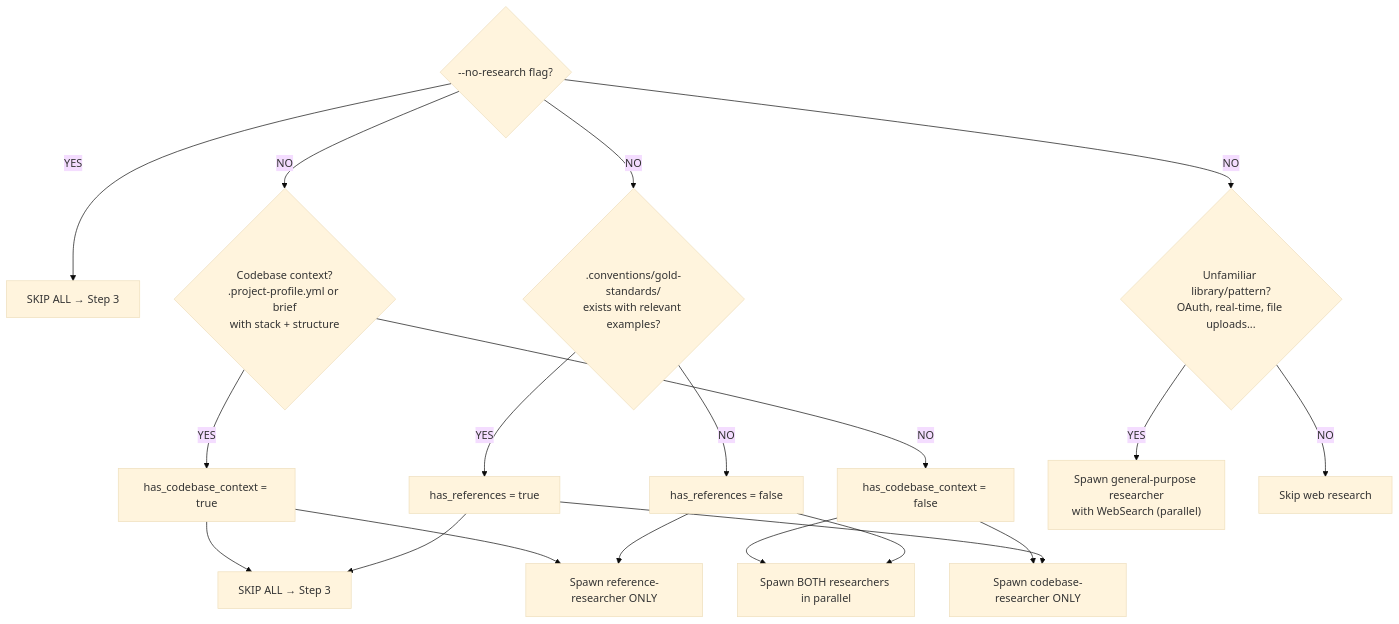
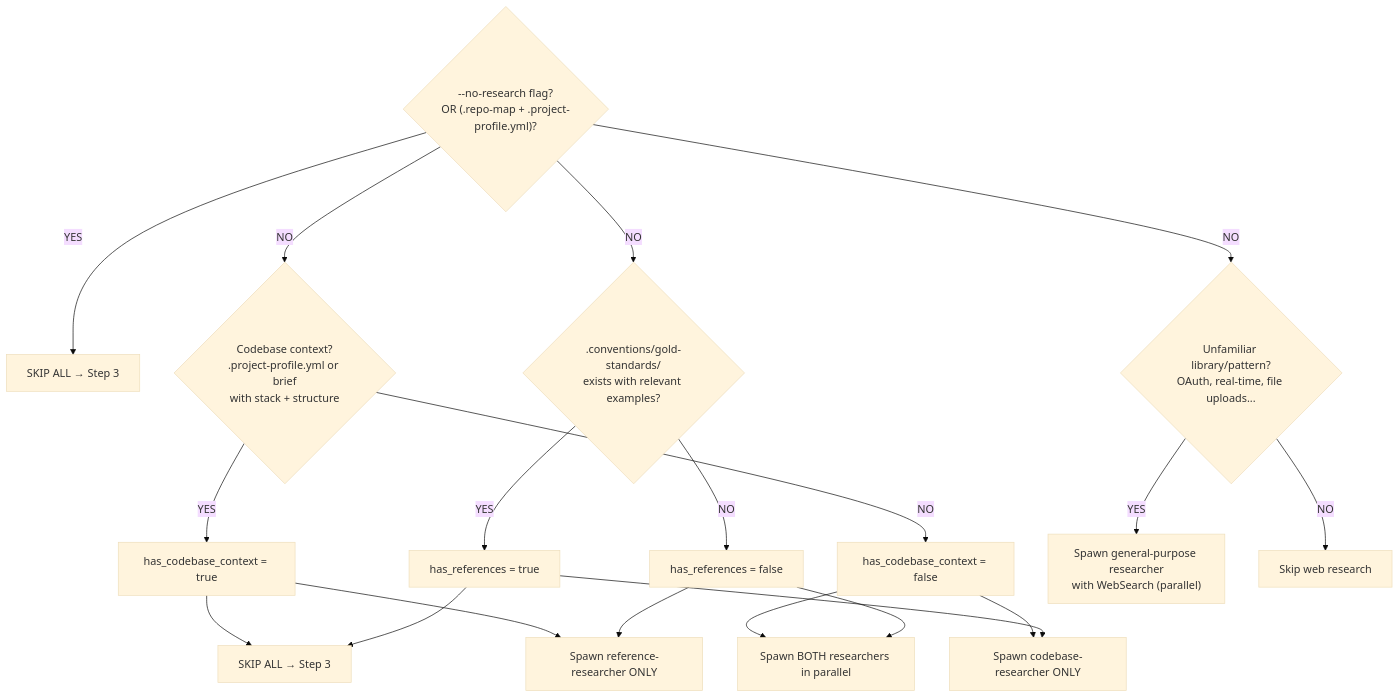
The first of 4 diagrams in plugins/team/skills/build/SKILL.md (izzzzzi/izTeam), drawn with Mermaid (base theme) before and after one commit. The commit also changed other lines of this file and 7 other files, not shown here.

First line of the commit message:
feat: add repo map generation and git checkpoint mode for build pipeline

````diff
--- a/plugins/team/skills/build/SKILL.md
+++ b/plugins/team/skills/build/SKILL.md
@@ -85,21 +96,21 @@
 ```mermaid
 flowchart TD
-    NR{"--no-research flag?"}
+    NR{"--no-research flag?<br/>OR (.repo-map + .project-profile.yml)?"}
     NR -->|YES| SKIP["SKIP ALL → Step 3"]
     NR -->|NO| CB{"Codebase context?<br/>.project-profile.yml or brief<br/>with stack + structure"}
     CB -->|YES| HAS_CB["has_codebase_context = true"]
     CB -->|NO| NO_CB["has_codebase_context = false"]
 
     NR -->|NO| REF{".conventions/gold-standards/<br/>exists with relevant examples?"}
     REF -->|YES| HAS_REF["has_references = true"]
     REF -->|NO| NO_REF["has_references = false"]
 
     HAS_CB & HAS_REF --> SKIP2["SKIP ALL → Step 3"]
     NO_CB & NO_REF --> BOTH["Spawn BOTH researchers in parallel"]
     NO_CB & HAS_REF --> ONLY_CB["Spawn codebase-researcher ONLY"]
     HAS_CB & NO_REF --> ONLY_REF["Spawn reference-researcher ONLY"]
 
     NR -->|NO| WEB{"Unfamiliar library/pattern?<br/>OAuth, real-time, file uploads..."}
     WEB -->|YES| WEB_R["Spawn general-purpose researcher<br/>with WebSearch (parallel)"]
     WEB -->|NO| WEB_SKIP["Skip web research"]
 ```
````
